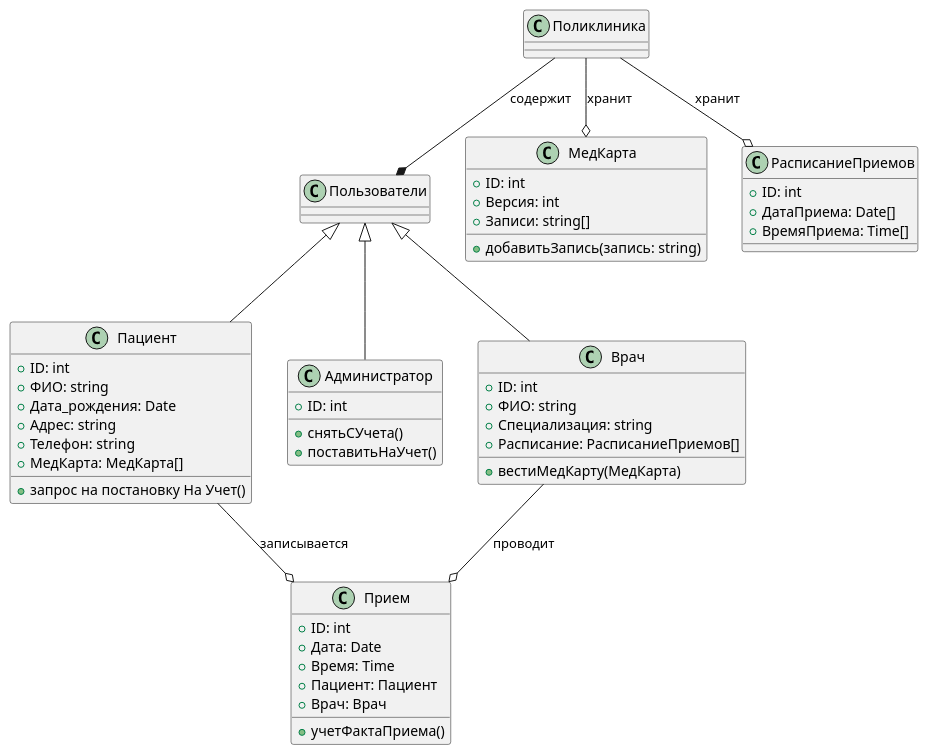
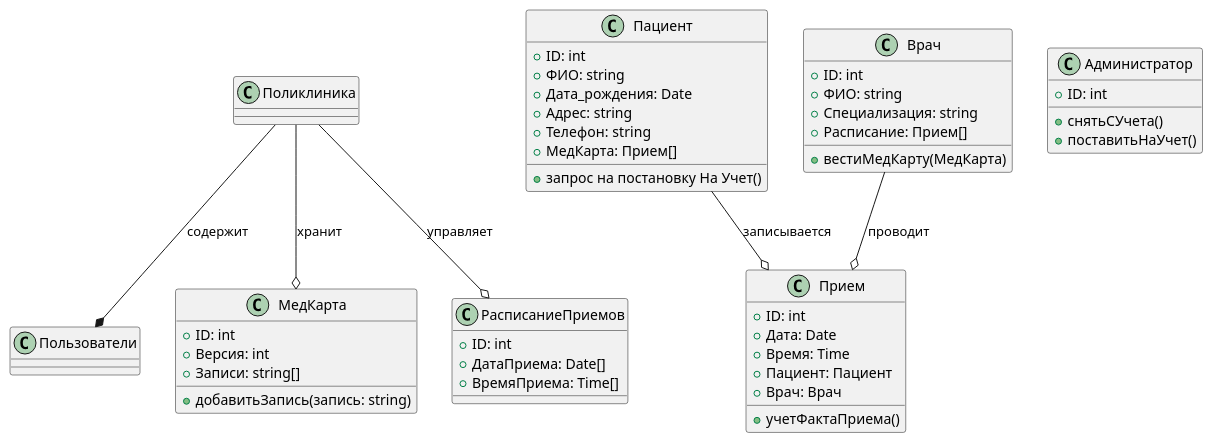
The diagram in Диаграмма_классов.md (penamarth/bsbo-13-22_team2_var3), drawn with PlantUML before and after one commit.

````diff
--- a/Диаграмма_классов.md
+++ b/Диаграмма_классов.md
@@ -1,68 +1,58 @@
 ```plantuml
-@startuml
-
-    class Поликлиника {
-
-    }
-
-    Пользователи <|-- Пациент
-    Пользователи <|-- Администратор
-    Пользователи <|-- Врач
-
-    class Пользователи {
+  class Пользователи {
     }
 
     class Пациент {
         +ID: int
         +ФИО: string
         +Дата_рождения: Date
         +Адрес: string
         +Телефон: string
-        +МедКарта: МедКарта[]
+        +МедКарта: Прием[]
         +запрос на постановку На Учет()
     }
 
     class Врач {
         +ID: int
         +ФИО: string 
         +Специализация: string
-        +Расписание: РасписаниеПриемов[]
+        +Расписание: Прием[]
         +вестиМедКарту(МедКарта)
     }
 
     class Администратор {
         +ID: int
         +снятьСУчета()
         +поставитьНаУчет()
     }
 
     class Прием {
         +ID: int
         +Дата: Date
         +Время: Time
         +Пациент: Пациент
         +Врач: Врач
         +учетФактаПриема()
     }
 
     class МедКарта {
         +ID: int
         +Версия: int
         +Записи: string[]
         +добавитьЗапись(запись: string)
     }
 
     class РасписаниеПриемов {
         +ID: int
         +ДатаПриема: Date[]
         +ВремяПриема: Time[]
     }
 
-    Поликлиника  --*  Пользователи : содержит   
-    Пациент  --o  Прием : записывается
-    Врач  --o  Прием : проводит
-    Поликлиника  --o  МедКарта : хранит
-    Поликлиника  --o  РасписаниеПриемов : хранит
+    Поликлиника --* Пользователи : содержит   
+    Пациент --o Прием : записывается
+    Врач --o Прием : проводит
+    Поликлиника --o МедКарта : хранит
+    Поликлиника --o РасписаниеПриемов : управляет
 
 @enduml
 ```
````
